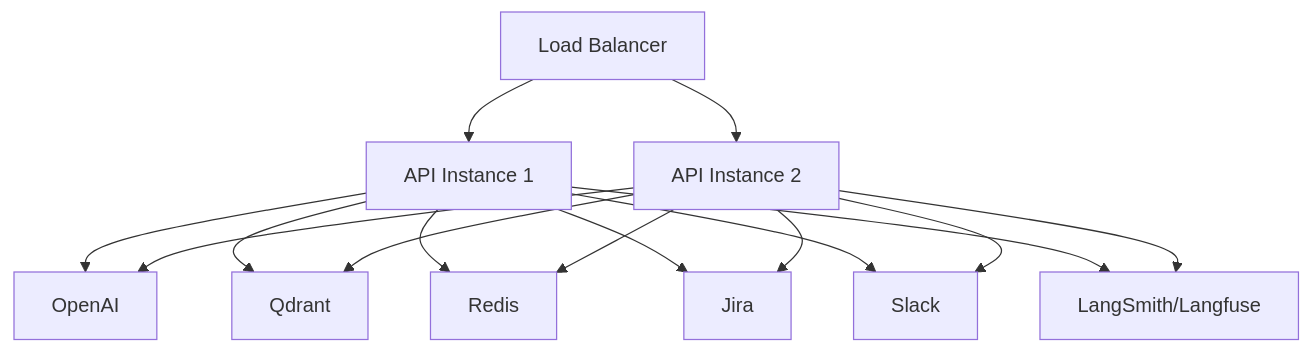
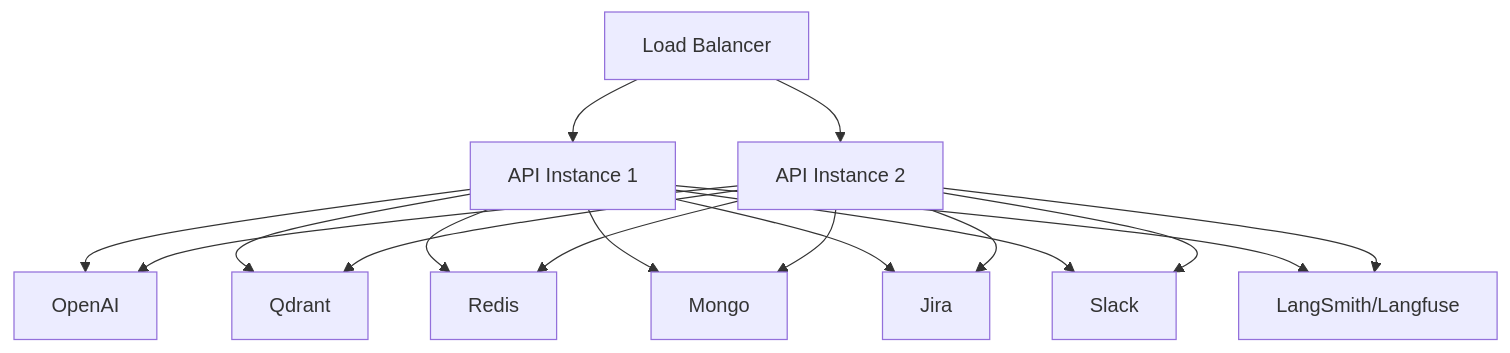
The sixth of 6 diagrams in docs/diagram.md (thanhit08/aiagt-aia), drawn with Mermaid before and after one commit. The commit also changed other lines of this file and 12 other files, not shown here.

````diff
--- a/docs/diagram.md
+++ b/docs/diagram.md
@@ -93,17 +100,19 @@
 ```mermaid
 flowchart TB
     LB[Load Balancer] --> API1[API Instance 1]
     LB --> API2[API Instance 2]
     API1 --> OpenAI
     API2 --> OpenAI
     API1 --> Qdrant
     API2 --> Qdrant
     API1 --> Redis
     API2 --> Redis
+    API1 --> Mongo
+    API2 --> Mongo
     API1 --> Jira
     API2 --> Jira
     API1 --> Slack
     API2 --> Slack
     API1 --> Obs[LangSmith/Langfuse]
     API2 --> Obs
 ```
````
